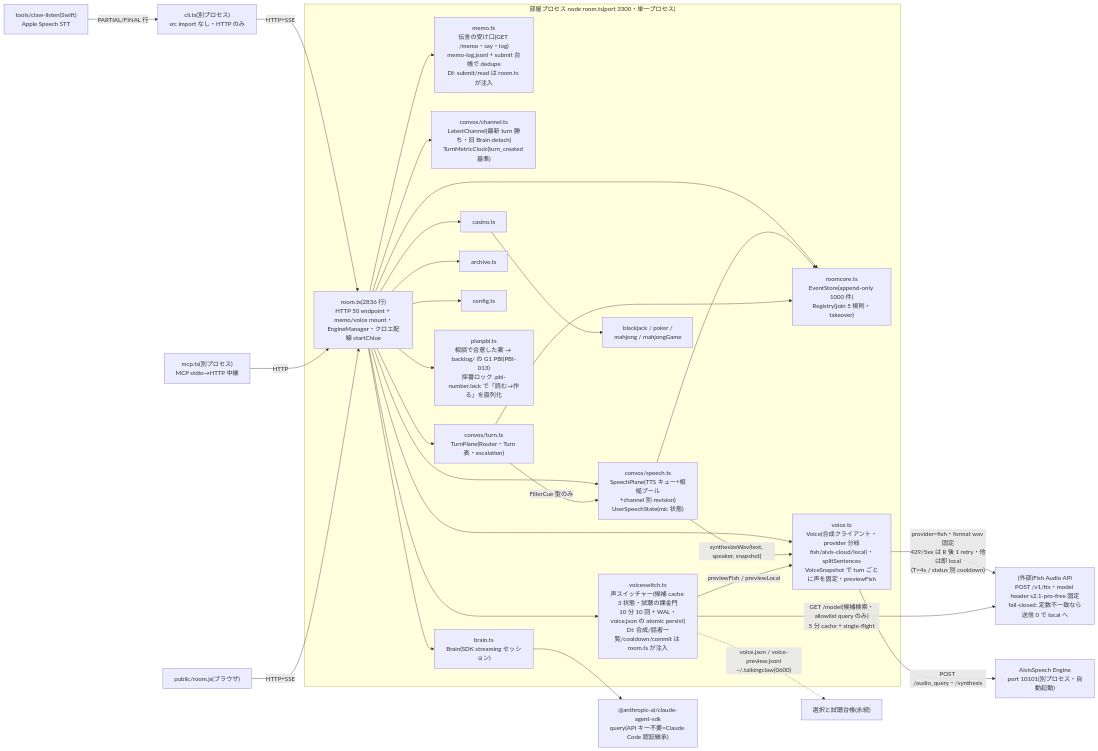
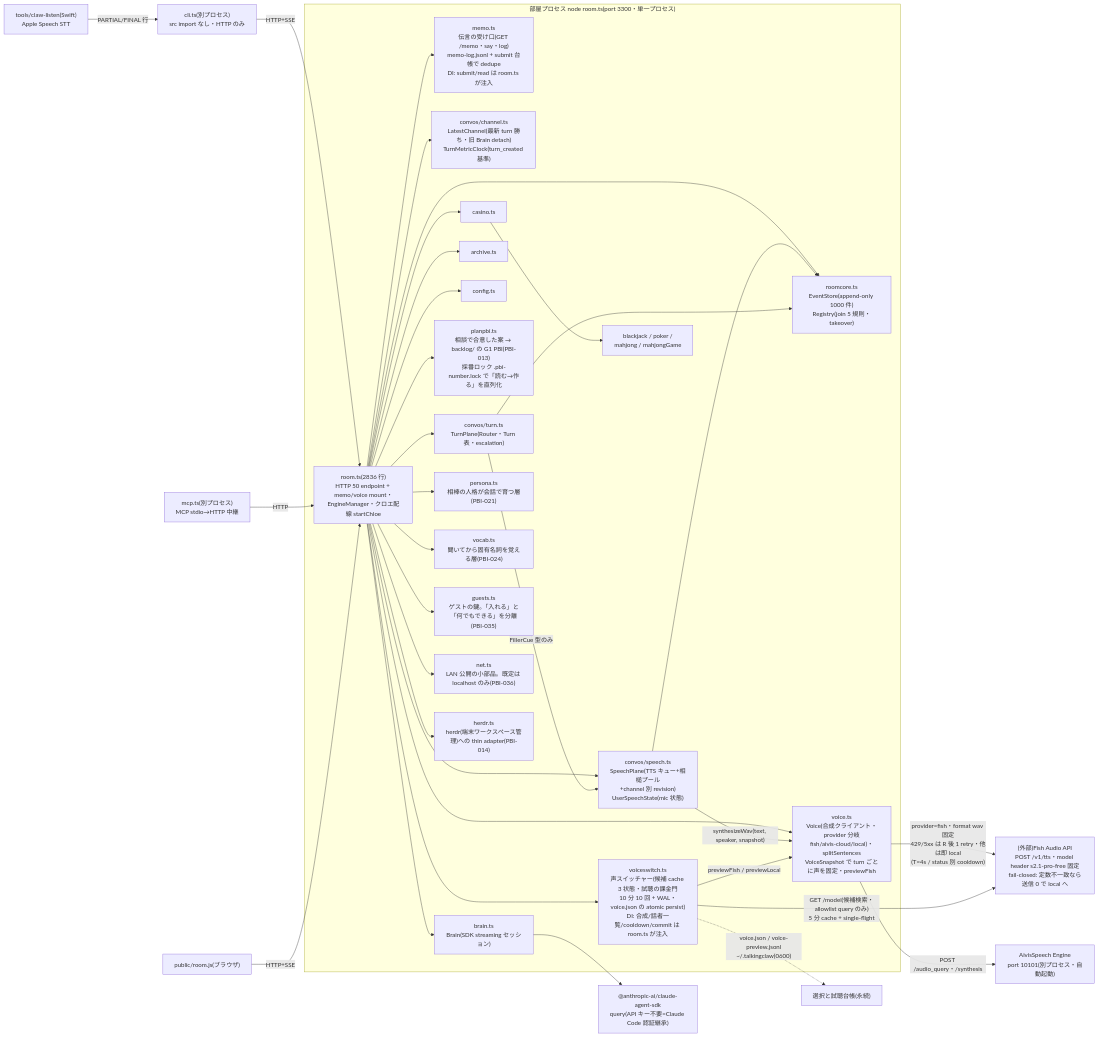
The second of 10 diagrams in docs/diagrams.md (shibu003/talkingclaw), drawn with Mermaid before and after one commit. The commit also changed other lines of this file and 1 other file, not shown here.

Commit message:
docs: 図2のimport辺ズレを直す(期待33→35、persona/vocab/guests/net/herdrを追加)
PBI-021/024/035/036/014 で追加されたモジュールが図2(モジュール依存図)に
反映されていなかった(diagrams-check.sh 期待値も古いまま)。実測に合わせて両方直す。

````diff
--- a/docs/diagrams.md
+++ b/docs/diagrams.md
@@ -50,37 +50,42 @@
 ```mermaid
 flowchart LR
   subgraph roomproc["部屋プロセス node room.ts(port 3300・単一プロセス)"]
     ROOM["room.ts(2836 行)<br>HTTP 50 endpoint + memo/voice mount・EngineManager・クロエ配線 startChloe"]
     MEMO["memo.ts<br>伝言の受け口(GET /memo・say・log)<br>memo-log.jsonl + submit 台帳で dedupe<br>DI: submit/read は room.ts が注入"]
     VSW["voiceswitch.ts<br>声スイッチャー(候補 cache 3 状態・試聴の課金門<br>10 分 10 回 + WAL・voice.json の atomic persist)<br>DI: 合成/話者一覧/cooldown/commit は room.ts が注入"]
     RC["roomcore.ts<br>EventStore(append-only 1000 件)<br>Registry(join 5 規則・takeover)"]
     CH["convos/channel.ts<br>LatestChannel(最新 turn 勝ち・旧 Brain detach)<br>TurnMetricClock(turn_created 基準)"]
     SP["convos/speech.ts<br>SpeechPlane(TTS キュー+相槌プール<br>+channel 別 revision)<br>UserSpeechState(mic 状態)"]
     TP["convos/turn.ts<br>TurnPlane(Router・Turn 表・escalation)"]
     VC["voice.ts<br>Voice(合成クライアント・provider 分岐<br>fish/aivis-cloud/local)・splitSentences<br>VoiceSnapshot で turn ごとに声を固定・previewFish"]
     BR["brain.ts<br>Brain(SDK streaming セッション)"]
     AR["archive.ts"]
     CFG["config.ts"]
     PPBI["planpbi.ts<br>相談で合意した案 → backlog/ の G1 PBI(PBI-013)<br>採番ロック .pbi-number.lock で「読む→作る」を直列化"]
     CAS["casino.ts"]
     GAMES["blackjack / poker /<br>mahjong / mahjongGame"]
+    PERS["persona.ts<br>相棒の人格が会話で育つ層(PBI-021)"]
+    VOCAB["vocab.ts<br>聞いてから固有名詞を覚える層(PBI-024)"]
+    GST["guests.ts<br>ゲストの鍵。「入れる」と「何でもできる」を分離(PBI-035)"]
+    NET["net.ts<br>LAN 公開の小部品。既定は localhost のみ(PBI-036)"]
+    HRD["herdr.ts<br>herdr(端末ワークスペース管理)への thin adapter(PBI-014)"]
   end
   FISHAPI["(外部)Fish Audio API<br>POST /v1/tts・model header s2.1-pro-free 固定<br>fail-closed: 定数不一致なら送信 0 で local へ"]
-  ROOM --> CFG & AR & RC & CH & SP & TP & VC & BR & CAS & MEMO & VSW & PPBI
+  ROOM --> CFG & AR & RC & CH & SP & TP & VC & BR & CAS & MEMO & VSW & PPBI & PERS & VOCAB & GST & NET & HRD
   VC -->|"provider=fish・format wav 固定<br>429/5xx は R 後 1 retry・他は即 local<br>(T=4s / status 別 cooldown)"| FISHAPI
   VSW -->|"GET /model(候補検索・allowlist query のみ)<br>5 分 cache + single-flight"| FISHAPI
   SP --> RC
   SP -->|"synthesizeWav(text, speaker, snapshot)"| VC
   VSW -->|"previewFish / previewLocal"| VC
   VSW -.->|"voice.json / voice-preview.jsonl<br>~/.talkingclaw(0600)"| STATE["選択と試聴台帳(永続)"]
   TP --> RC
   TP -->|"FillerCue 型のみ"| SP
   CAS --> GAMES
   BR --> SDK["@anthropic-ai/claude-agent-sdk<br>query(API キー不要=Claude Code 認証継承)"]
   VC -->|"POST /audio_query・/synthesis"| TTS["AivisSpeech Engine<br>port 10101(別プロセス・自動起動)"]
 
   CLI["cli.ts(別プロセス)<br>src import なし・HTTP のみ"] -->|"HTTP+SSE"| ROOM
   MCPX["mcp.ts(別プロセス)<br>MCP stdio→HTTP 中継"] -->|"HTTP"| ROOM
   BROW["public/room.js(ブラウザ)"] -->|"HTTP+SSE"| ROOM
   LSN["tools/claw-listen(Swift)<br>Apple Speech STT"] -->|"PARTIAL/FINAL 行"| CLI
 ```
````
